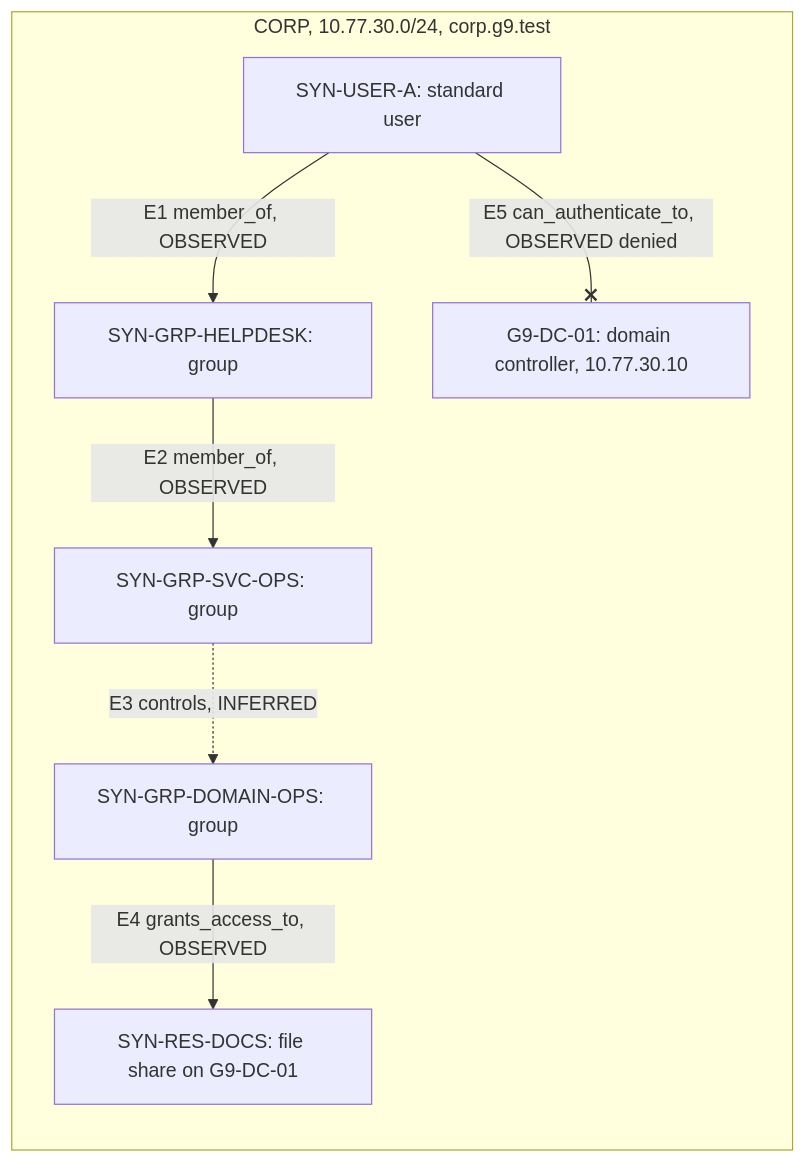
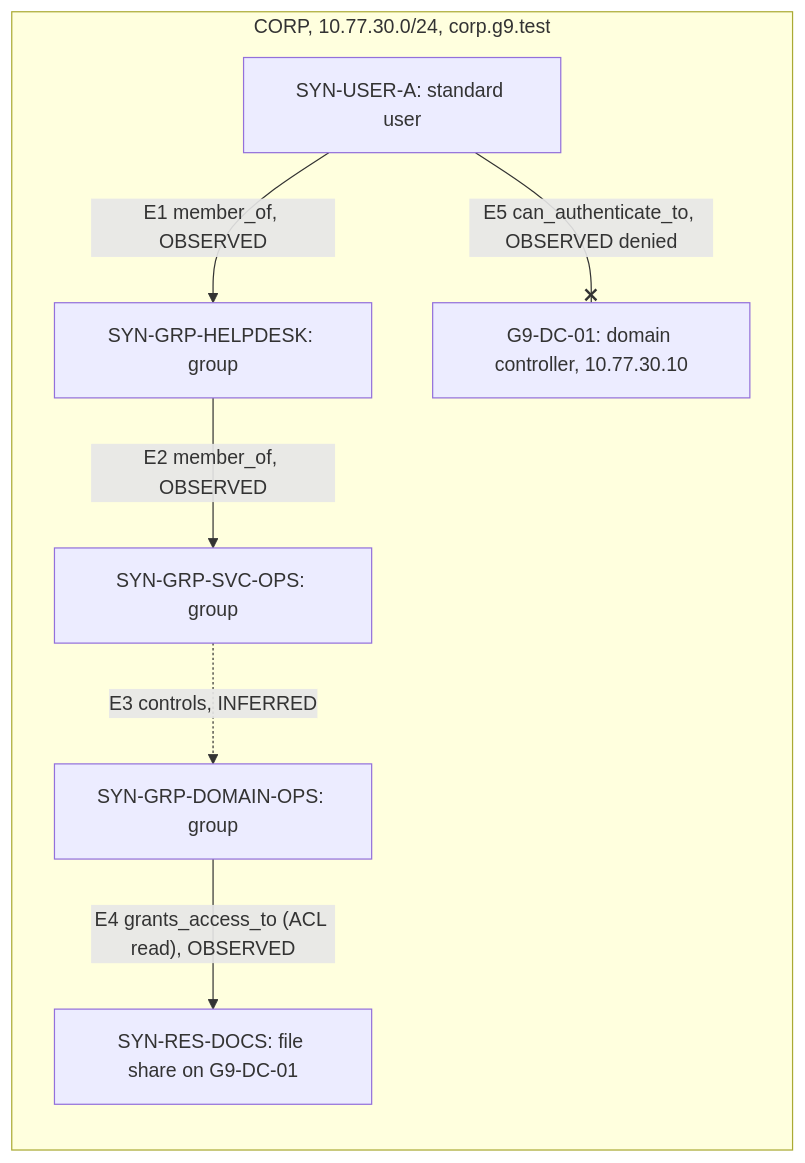
The second of 2 diagrams in docs/curriculum/v2/TEMPLATES/ATTACK_PATH_GRAPH.md (HankHackerHill/G9-University), drawn with Mermaid before and after one commit. The commit also changed other lines of this file and 89 other files, not shown here.

First line of the commit message:
v2.0: desktop mock and screens for both curriculum shapes; schema fields required

````diff
--- a/docs/curriculum/v2/TEMPLATES/ATTACK_PATH_GRAPH.md
+++ b/docs/curriculum/v2/TEMPLATES/ATTACK_PATH_GRAPH.md
@@ -143,16 +143,17 @@
 ```mermaid
+%% Sample (synthetic): not a result of any collection or test
 flowchart LR
   subgraph CORP["CORP, 10.77.30.0/24, corp.g9.test"]
     U1["SYN-USER-A: standard user"]
     G1["SYN-GRP-HELPDESK: group"]
     G2["SYN-GRP-SVC-OPS: group"]
     G3["SYN-GRP-DOMAIN-OPS: group"]
     R1["SYN-RES-DOCS: file share on G9-DC-01"]
     H2["G9-DC-01: domain controller, 10.77.30.10"]
   end
   U1 -->|"E1 member_of, OBSERVED"| G1
   G1 -->|"E2 member_of, OBSERVED"| G2
   G2 -.->|"E3 controls, INFERRED"| G3
-  G3 -->|"E4 grants_access_to, OBSERVED"| R1
+  G3 -->|"E4 grants_access_to (ACL read), OBSERVED"| R1
   U1 --x|"E5 can_authenticate_to, OBSERVED denied"| H2
 ```
````
